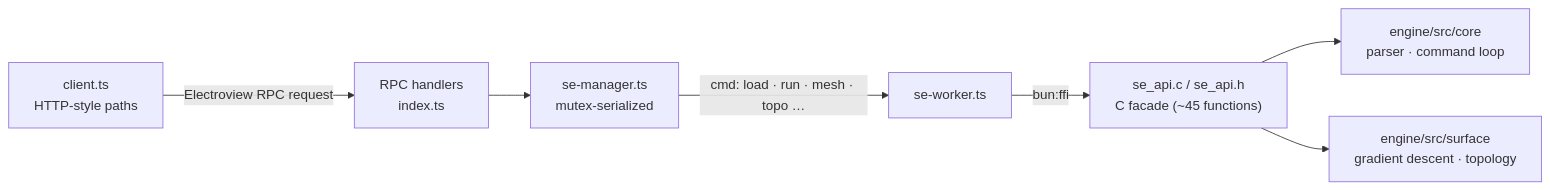
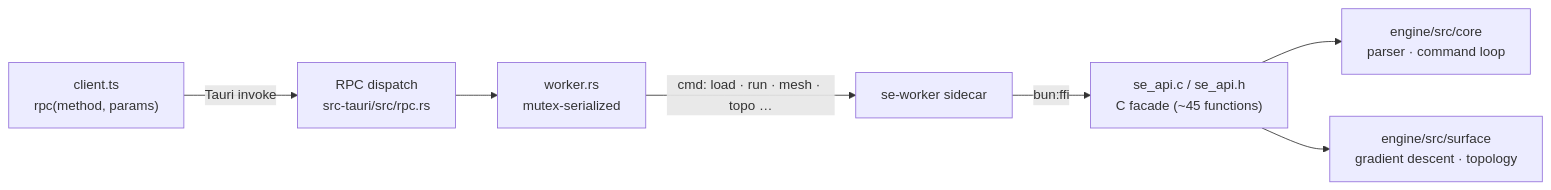
Before and after one commit to sersergious/surface-evolver: the second of 2 diagrams in README.md, drawn with Mermaid. The commit also changed other lines of this file and 298 other files, not shown here.

````diff
--- a/README.md
+++ b/README.md
@@ -61,9 +59,9 @@
 ```mermaid
 flowchart LR
-    View["client.ts<br/>HTTP-style paths"] -->|"Electroview RPC request"| RPC["RPC handlers<br/>index.ts"]
-    RPC --> Mgr["se-manager.ts<br/>mutex-serialized"]
-    Mgr -->|"cmd: load · run · mesh · topo …"| Worker["se-worker.ts"]
+    View["client.ts<br/>rpc(method, params)"] -->|"Tauri invoke"| RPC["RPC dispatch<br/>src-tauri/src/rpc.rs"]
+    RPC --> Mgr["worker.rs<br/>mutex-serialized"]
+    Mgr -->|"cmd: load · run · mesh · topo …"| Worker["se-worker sidecar"]
     Worker -->|"bun:ffi"| Facade["se_api.c / se_api.h<br/>C facade (~45 functions)"]
     Facade --> Core["engine/src/core<br/>parser · command loop"]
     Facade --> Surf["engine/src/surface<br/>gradient descent · topology"]
 ```
````
